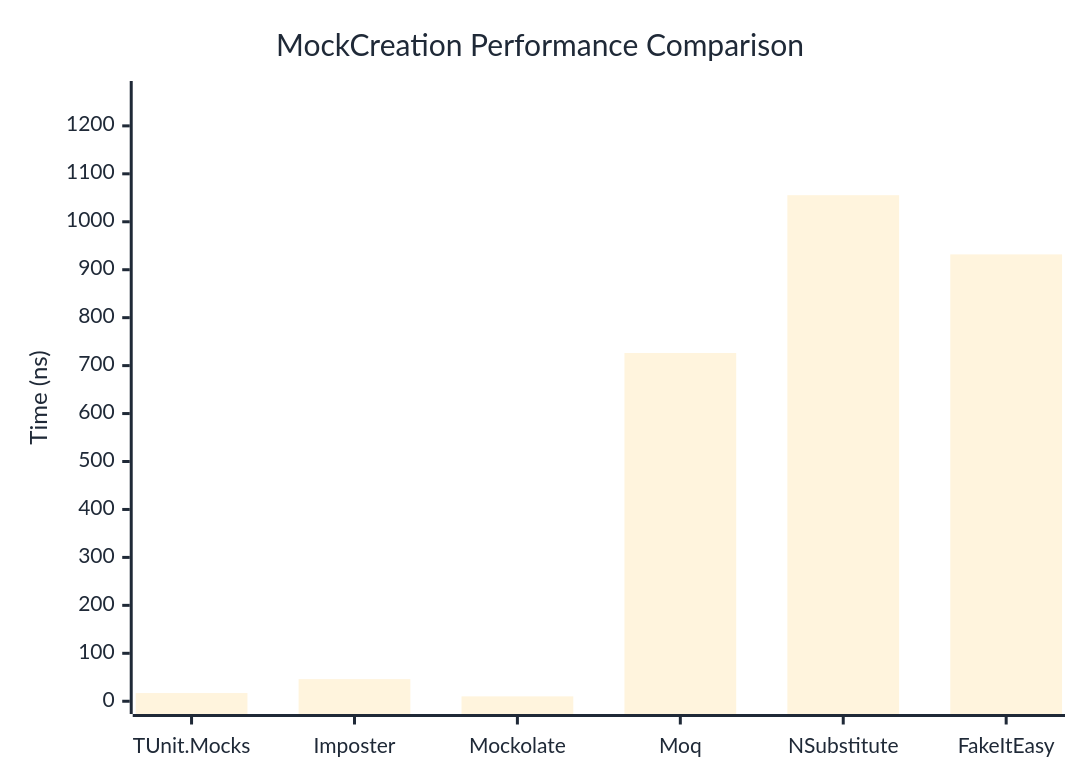
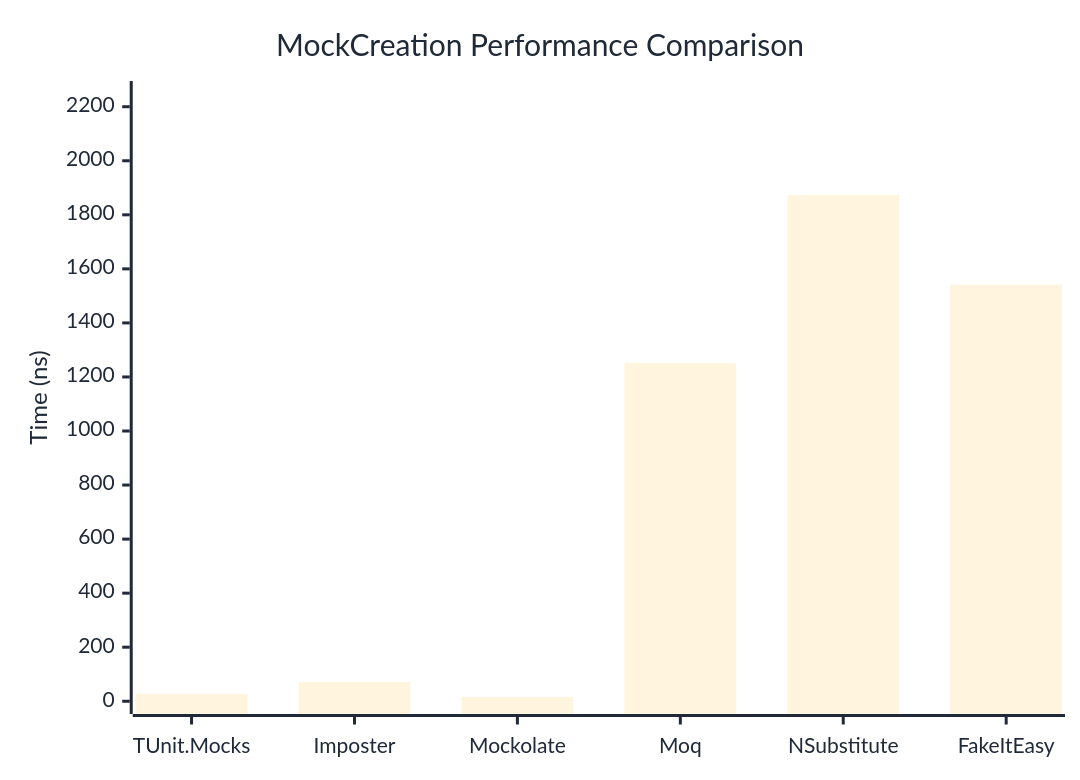
Before and after one commit to thomhurst/TUnit: the first of 2 diagrams in docs/docs/benchmarks/mocks/MockCreation.md, drawn with Mermaid. The commit also changed other lines of this file and 14 other files, not shown here.

````diff
--- a/docs/docs/benchmarks/mocks/MockCreation.md
+++ b/docs/docs/benchmarks/mocks/MockCreation.md
@@ -30,27 +30,27 @@
 ```mermaid
 %%{init: {
   'theme':'base',
   'themeVariables': {
     'primaryColor': '#2563eb',
     'primaryTextColor': '#1f2937',
     'primaryBorderColor': '#1e40af',
     'lineColor': '#6b7280',
     'secondaryColor': '#7c3aed',
     'tertiaryColor': '#dc2626',
     'background': '#ffffff',
     'pie1': '#2563eb',
     'pie2': '#7c3aed',
     'pie3': '#dc2626',
     'pie4': '#f59e0b',
     'pie5': '#10b981',
     'pie6': '#06b6d4',
     'pie7': '#ec4899',
     'pie8': '#6366f1'
   }
 }}%%
 xychart-beta
   title "MockCreation Performance Comparison"
   x-axis ["TUnit.Mocks", "Imposter", "Mockolate", "Moq", "NSubstitute", "FakeItEasy"]
-  y-axis "Time (ns)" 0 --> 1267
-  bar [17.13, 46.11, 10.17, 726.25, 1055.43, 931.99]
+  y-axis "Time (ns)" 0 --> 2248
+  bar [27.37, 70.91, 16.08, 1252.38, 1873, 1541.66]
 ```
````
